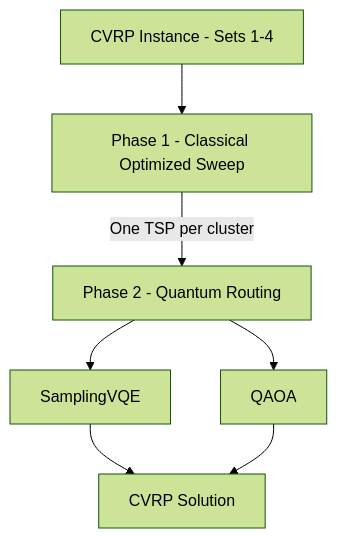
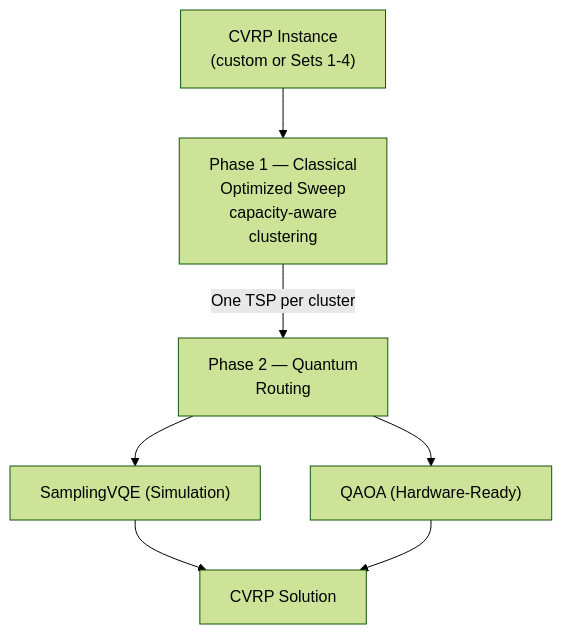
Before and after one commit to PouliotAlexis/QuantumCT-RTRC-qBraid-Challenge: the first of 3 diagrams in README.md, drawn with Mermaid (forest theme). The commit also changed other lines of this file, not shown here.

Commit message:
docs: update README mermaid diagrams with detailed process descriptions and circuit specifications

````diff
--- a/README.md
+++ b/README.md
@@ -40,16 +40,21 @@
 ```mermaid
 graph TD
-    A["CVRP Instance - Sets 1-4"]
-    B["Phase 1 - Classical Optimized Sweep"]
-    C["Phase 2 - Quantum Routing"]
-    D["SamplingVQE"]
-    E["QAOA"]
+    A["CVRP Instance
+(custom or Sets 1-4)"]
+    B["Phase 1 — Classical
+Optimized Sweep
+capacity-aware
+clustering"]
+    C["Phase 2 — Quantum
+Routing"]
+    D["SamplingVQE (Simulation)"]
+    E["QAOA (Hardware-Ready)"]
     F["CVRP Solution"]
 
     A --> B
     B -->|"One TSP per cluster"| C
     C --> D
     C --> E
     D --> F
     E --> F
 ```
````
